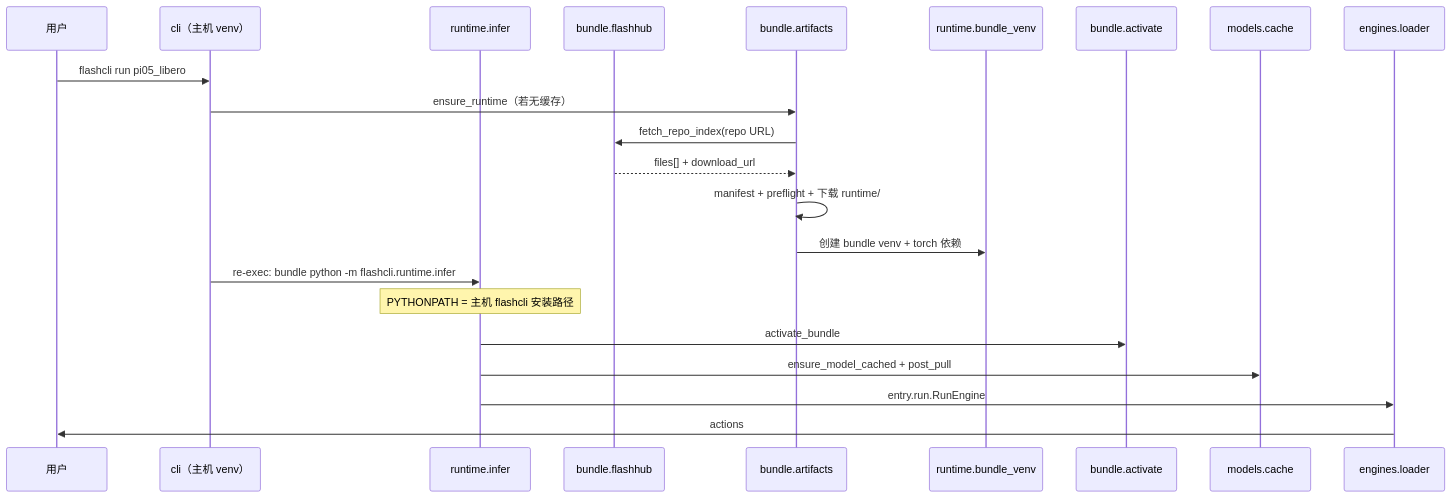
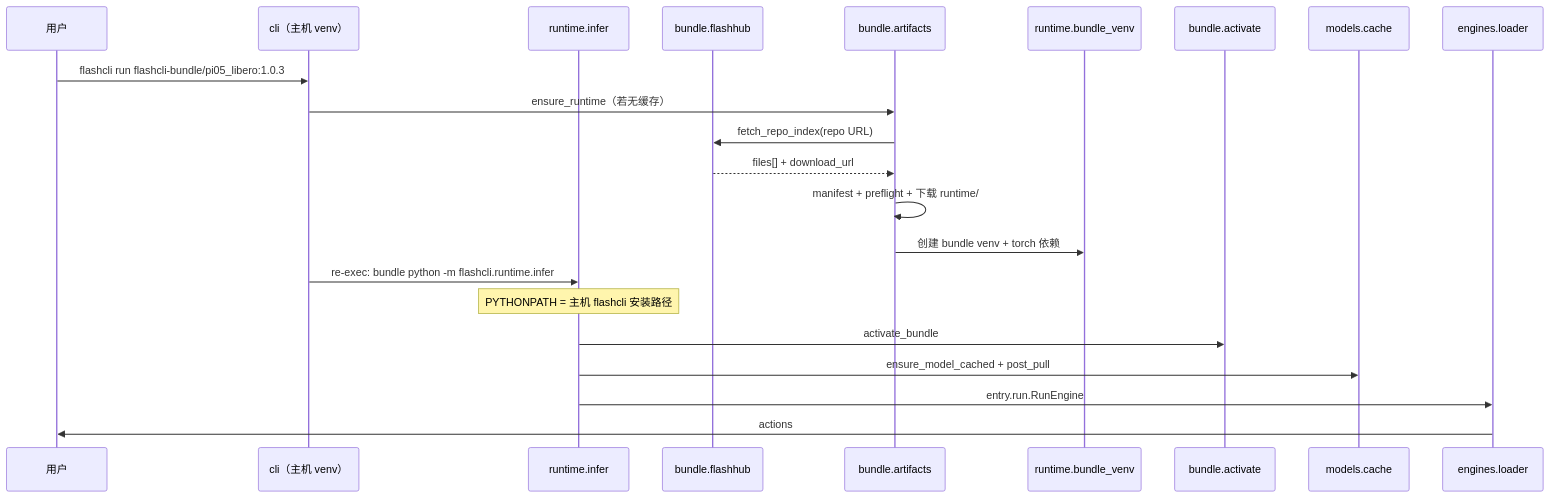
Before and after one commit to aodianyun/flashcli: the diagram in docs/architecture.zh-CN.md, drawn with Mermaid. The commit also changed other lines of this file and 67 other files, not shown here.

````diff
--- a/docs/architecture.zh-CN.md
+++ b/docs/architecture.zh-CN.md
@@ -64,25 +64,25 @@
 ```mermaid
 sequenceDiagram
   participant U as 用户
   participant CLI as cli（主机 venv）
   participant Infer as runtime.infer
   participant FH as bundle.flashhub
   participant Art as bundle.artifacts
   participant Venv as runtime.bundle_venv
   participant Act as bundle.activate
   participant Cache as models.cache
   participant Ldr as engines.loader
 
-  U->>CLI: flashcli run pi05_libero
+  U->>CLI: flashcli run flashcli-bundle/pi05_libero:1.0.3
   CLI->>Art: ensure_runtime（若无缓存）
   Art->>FH: fetch_repo_index(repo URL)
   FH-->>Art: files[] + download_url
   Art->>Art: manifest + preflight + 下载 runtime/
   Art->>Venv: 创建 bundle venv + torch 依赖
   CLI->>Infer: re-exec: bundle python -m flashcli.runtime.infer
   Note over Infer: PYTHONPATH = 主机 flashcli 安装路径
   Infer->>Act: activate_bundle
   Infer->>Cache: ensure_model_cached + post_pull
   Infer->>Ldr: entry.run.RunEngine
   Ldr->>U: actions
 ```
````
